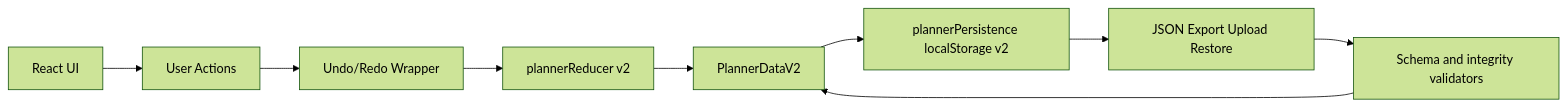
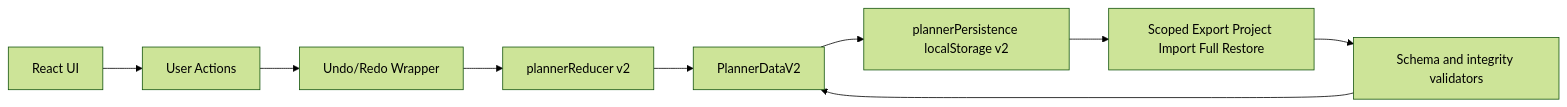
The diagram in README.md (Nobodyworld/app-planner-buckets), drawn with Mermaid (forest theme) before and after one commit. The commit also changed other lines of this file and 49 other files, not shown here.

````diff
--- a/README.md
+++ b/README.md
@@ -150,11 +175,11 @@
 ```mermaid
 flowchart LR
    UI[React UI] --> Actions[User Actions]
    Actions --> History[Undo/Redo Wrapper]
    History --> Reducer[plannerReducer v2]
    Reducer --> State[PlannerDataV2]
    State --> Persist[plannerPersistence localStorage v2]
-   Persist --> ImportExport[JSON Export Upload Restore]
+   Persist --> ImportExport[Scoped Export Project Import Full Restore]
    ImportExport --> Validation[Schema and integrity validators]
    Validation --> State
 ```
````
